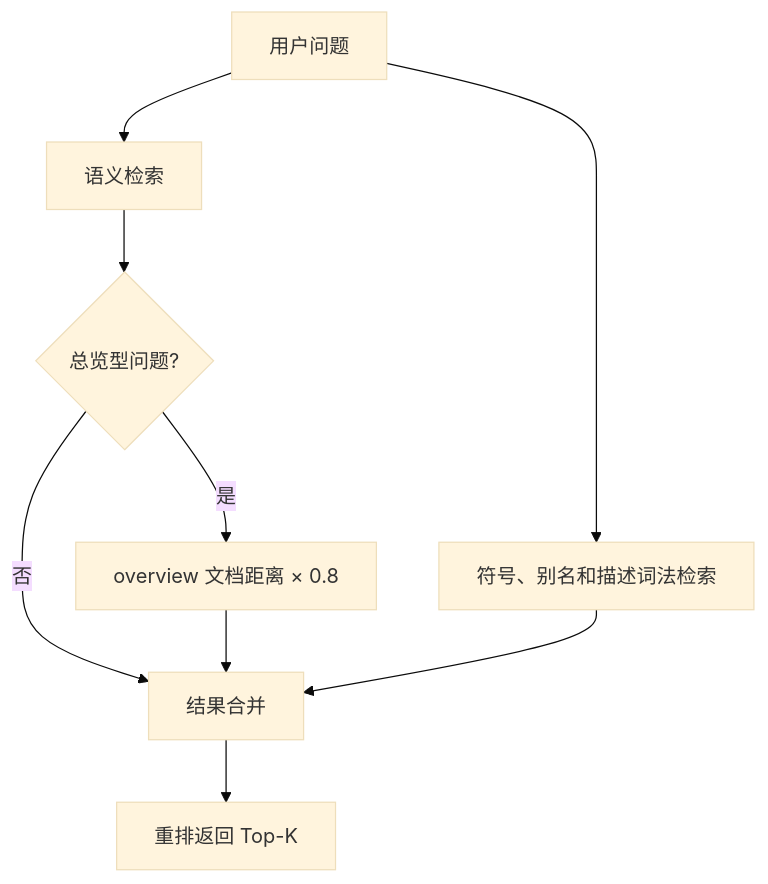
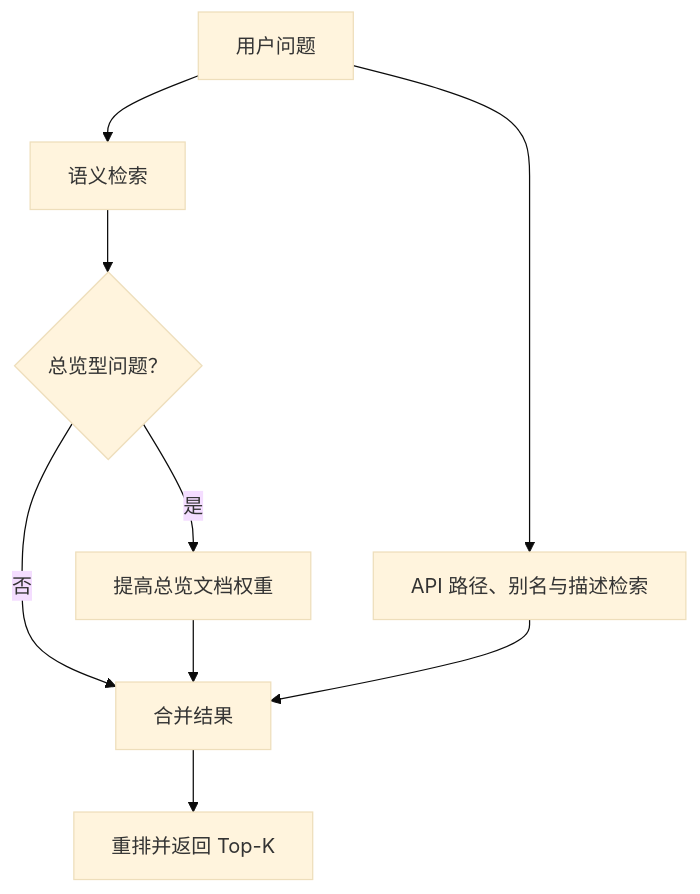
The fourth of 4 diagrams in README.md (jonji886/plugin-dev-helper), drawn with Mermaid (base theme) before and after one commit. The commit also changed other lines of this file and 2 other files, not shown here.

````diff
--- a/README.md
+++ b/README.md
@@ -87,11 +208,11 @@
 ```mermaid
 flowchart TD
-    Q[用户问题] --> SEM[语义检索]
-    Q --> LEX[符号、别名和描述词法检索]
-    SEM --> IQ{总览型问题?}
-    IQ -->|是| BO[overview 文档距离 × 0.8]
-    IQ -->|否| RRF[结果合并]
-    BO --> RRF
-    LEX --> RRF
-    RRF --> TOPK[重排返回 Top-K]
+  Q[用户问题] --> SEM[语义检索]
+  Q --> LEX[API 路径、别名与描述检索]
+  SEM --> O{总览型问题？}
+  O -->|是| BOOST[提高总览文档权重]
+  O -->|否| MERGE[合并结果]
+  BOOST --> MERGE
+  LEX --> MERGE
+  MERGE --> TOPK[重排并返回 Top-K]
 ```
````
